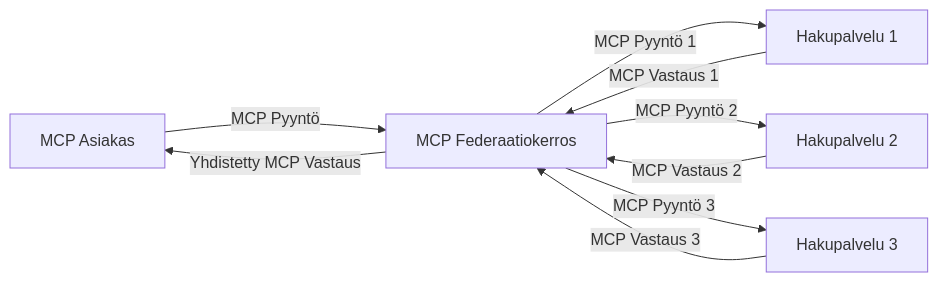
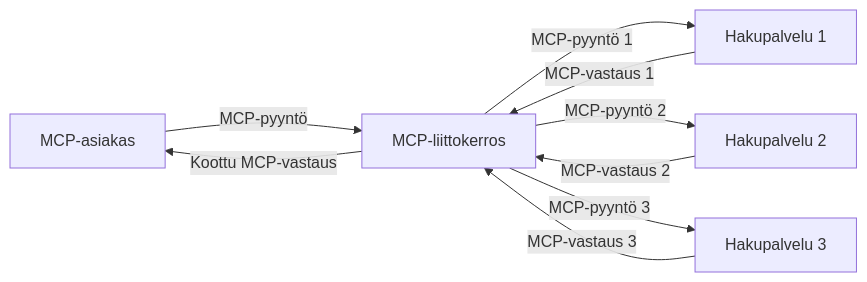
Before and after one commit to microsoft/mcp-for-beginners: the third of 4 diagrams in translations/fi/05-AdvancedTopics/mcp-realtimesearch/README.md, drawn with Mermaid. The commit also changed other lines of this file and 156 other files, not shown here.

````diff
--- a/translations/fi/05-AdvancedTopics/mcp-realtimesearch/README.md
+++ b/translations/fi/05-AdvancedTopics/mcp-realtimesearch/README.md
@@ -610,11 +612,11 @@
 ```mermaid
 graph LR
-    Client[MCP Asiakas] --> |MCP Pyyntö| Federation[MCP Federaatiokerros]
-    Federation --> |MCP Pyyntö 1| Search1[Hakupalvelu 1]
-    Federation --> |MCP Pyyntö 2| Search2[Hakupalvelu 2]
-    Federation --> |MCP Pyyntö 3| Search3[Hakupalvelu 3]
-    Search1 --> |MCP Vastaus 1| Federation
-    Search2 --> |MCP Vastaus 2| Federation
-    Search3 --> |MCP Vastaus 3| Federation
-    Federation --> |Yhdistetty MCP Vastaus| Client
+    Client[MCP-asiakas] --> |MCP-pyyntö| Federation[MCP-liittokerros]
+    Federation --> |MCP-pyyntö 1| Search1[Hakupalvelu 1]
+    Federation --> |MCP-pyyntö 2| Search2[Hakupalvelu 2]
+    Federation --> |MCP-pyyntö 3| Search3[Hakupalvelu 3]
+    Search1 --> |MCP-vastaus 1| Federation
+    Search2 --> |MCP-vastaus 2| Federation
+    Search3 --> |MCP-vastaus 3| Federation
+    Federation --> |Koottu MCP-vastaus| Client
 ```
````
